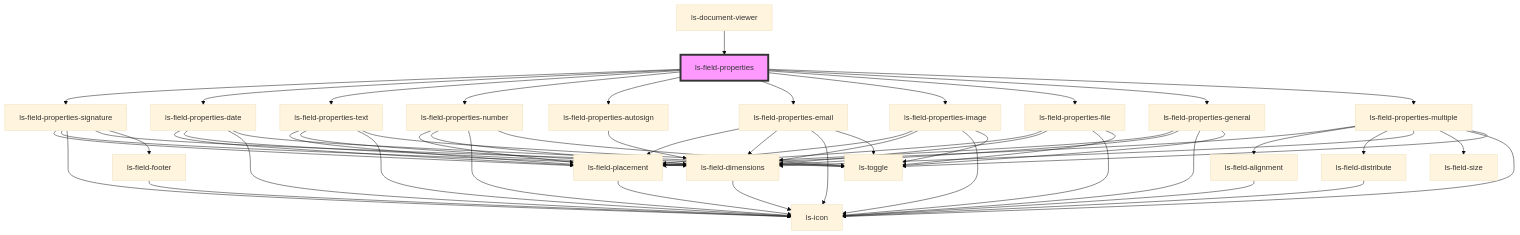
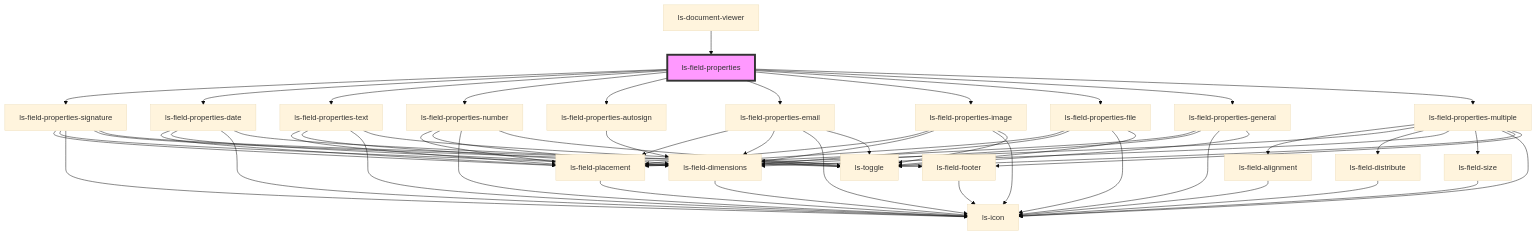
One commit to legalesign/ls-document-viewer changed the diagram in src/components/ls-field-properties/readme.md. Above: the diagram before and after it, drawn with Mermaid (base theme). The commit also changed 7 other files, not shown here.

````diff
--- a/src/components/ls-field-properties/readme.md
+++ b/src/components/ls-field-properties/readme.md
@@ -35,61 +35,63 @@
 ```mermaid
 graph TD;
   ls-field-properties --> ls-field-properties-signature
   ls-field-properties --> ls-field-properties-date
   ls-field-properties --> ls-field-properties-text
   ls-field-properties --> ls-field-properties-number
   ls-field-properties --> ls-field-properties-autosign
   ls-field-properties --> ls-field-properties-email
   ls-field-properties --> ls-field-properties-image
   ls-field-properties --> ls-field-properties-file
   ls-field-properties --> ls-field-properties-general
   ls-field-properties --> ls-field-properties-multiple
   ls-field-properties-signature --> ls-field-placement
   ls-field-properties-signature --> ls-field-dimensions
   ls-field-properties-signature --> ls-icon
   ls-field-properties-signature --> ls-toggle
   ls-field-properties-signature --> ls-field-footer
   ls-field-placement --> ls-icon
   ls-field-dimensions --> ls-icon
   ls-field-footer --> ls-icon
   ls-field-properties-date --> ls-field-placement
   ls-field-properties-date --> ls-field-dimensions
   ls-field-properties-date --> ls-icon
   ls-field-properties-date --> ls-toggle
   ls-field-properties-text --> ls-field-placement
   ls-field-properties-text --> ls-field-dimensions
   ls-field-properties-text --> ls-icon
   ls-field-properties-text --> ls-toggle
   ls-field-properties-number --> ls-field-placement
   ls-field-properties-number --> ls-field-dimensions
   ls-field-properties-number --> ls-icon
   ls-field-properties-number --> ls-toggle
   ls-field-properties-autosign --> ls-field-dimensions
   ls-field-properties-email --> ls-field-placement
   ls-field-properties-email --> ls-field-dimensions
   ls-field-properties-email --> ls-icon
   ls-field-properties-email --> ls-toggle
   ls-field-properties-image --> ls-field-placement
   ls-field-properties-image --> ls-field-dimensions
   ls-field-properties-image --> ls-icon
   ls-field-properties-image --> ls-toggle
   ls-field-properties-file --> ls-field-placement
   ls-field-properties-file --> ls-field-dimensions
   ls-field-properties-file --> ls-icon
   ls-field-properties-file --> ls-toggle
   ls-field-properties-general --> ls-field-placement
   ls-field-properties-general --> ls-field-dimensions
   ls-field-properties-general --> ls-icon
   ls-field-properties-general --> ls-toggle
+  ls-field-properties-multiple --> ls-field-alignment
   ls-field-properties-multiple --> ls-field-placement
-  ls-field-properties-multiple --> ls-field-alignment
   ls-field-properties-multiple --> ls-field-distribute
   ls-field-properties-multiple --> ls-field-dimensions
   ls-field-properties-multiple --> ls-field-size
   ls-field-properties-multiple --> ls-icon
   ls-field-properties-multiple --> ls-toggle
+  ls-field-properties-multiple --> ls-field-footer
   ls-field-alignment --> ls-icon
   ls-field-distribute --> ls-icon
+  ls-field-size --> ls-icon
   ls-document-viewer --> ls-field-properties
   style ls-field-properties fill:#f9f,stroke:#333,stroke-width:4px
 ```
````
